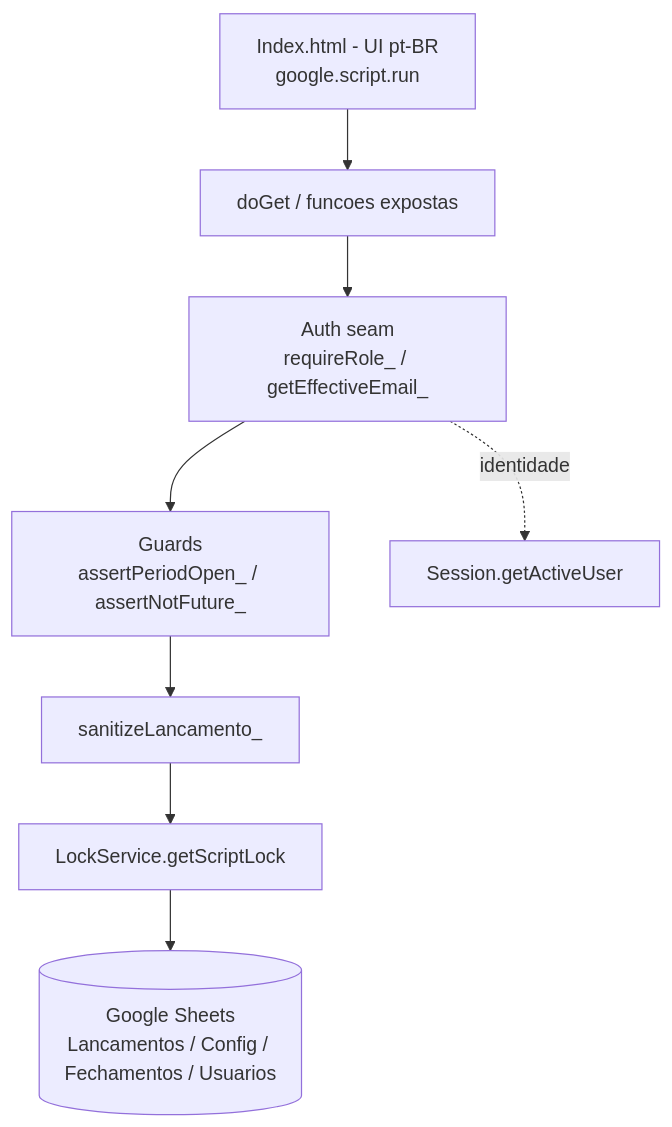
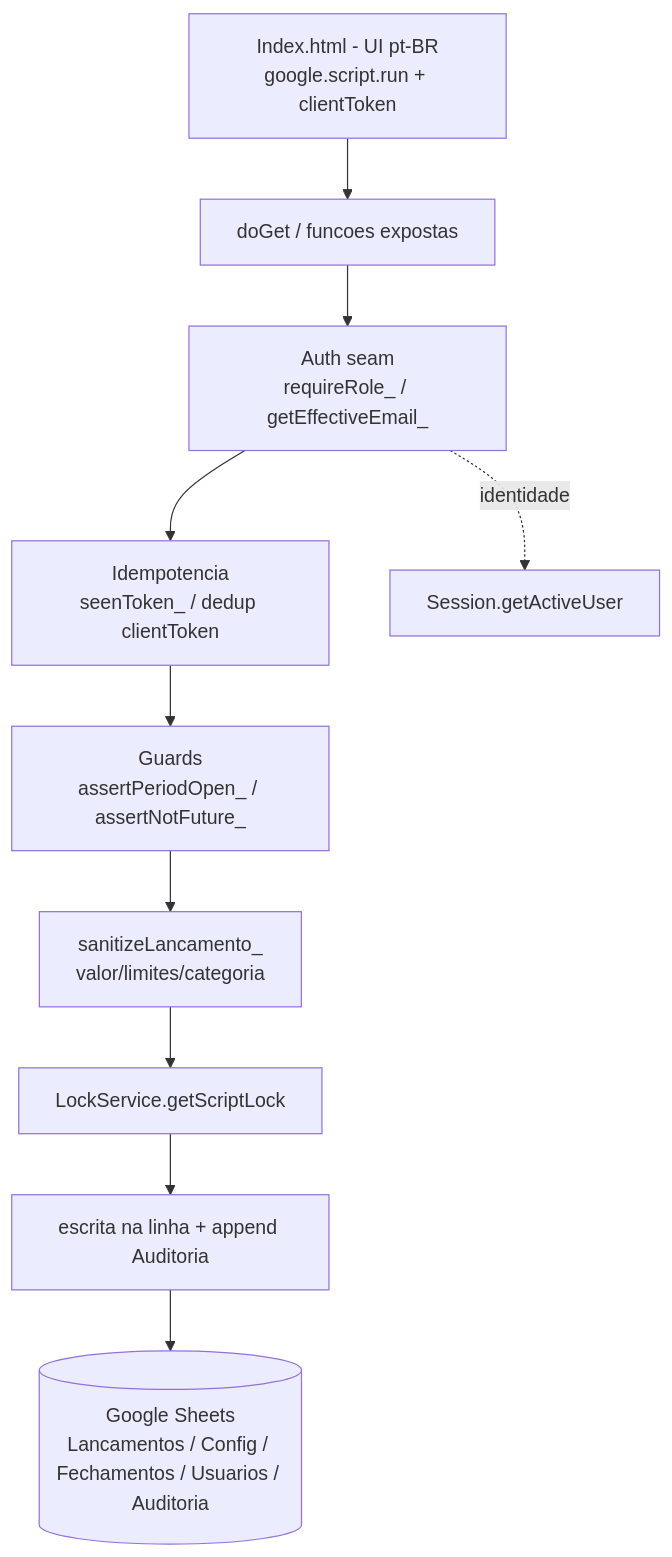
One commit to juliano-pezzini/school-tools changed the diagram in .specs/features/lancamentos-saldo/design.md. Above: the diagram before and after it, drawn with Mermaid. The commit also changed other lines of this file and 4 other files, not shown here.

Commit message:
docs(cash-flow): officialize spec v2, replace design, add tasks

````diff
--- a/.specs/features/lancamentos-saldo/design.md
+++ b/.specs/features/lancamentos-saldo/design.md
@@ -15,10 +16,12 @@
 ```mermaid
 graph TD
-    UI[Index.html - UI pt-BR<br/>google.script.run] --> ENTRY[doGet / funcoes expostas]
+    UI[Index.html - UI pt-BR<br/>google.script.run + clientToken] --> ENTRY[doGet / funcoes expostas]
     ENTRY --> AUTH[Auth seam<br/>requireRole_ / getEffectiveEmail_]
-    AUTH --> GUARD[Guards<br/>assertPeriodOpen_ / assertNotFuture_]
-    GUARD --> SANI[sanitizeLancamento_]
+    AUTH --> IDEM[Idempotencia<br/>seenToken_ / dedup clientToken]
+    IDEM --> GUARD[Guards<br/>assertPeriodOpen_ / assertNotFuture_]
+    GUARD --> SANI[sanitizeLancamento_<br/>valor/limites/categoria]
     SANI --> LOCK[LockService.getScriptLock]
-    LOCK --> DATA[(Google Sheets<br/>Lancamentos / Config / Fechamentos / Usuarios)]
+    LOCK --> WRITE[escrita na linha + append Auditoria]
+    WRITE --> DATA[(Google Sheets<br/>Lancamentos / Config / Fechamentos / Usuarios / Auditoria)]
     AUTH -.identidade.-> SSO[Session.getActiveUser]
 ```
````
